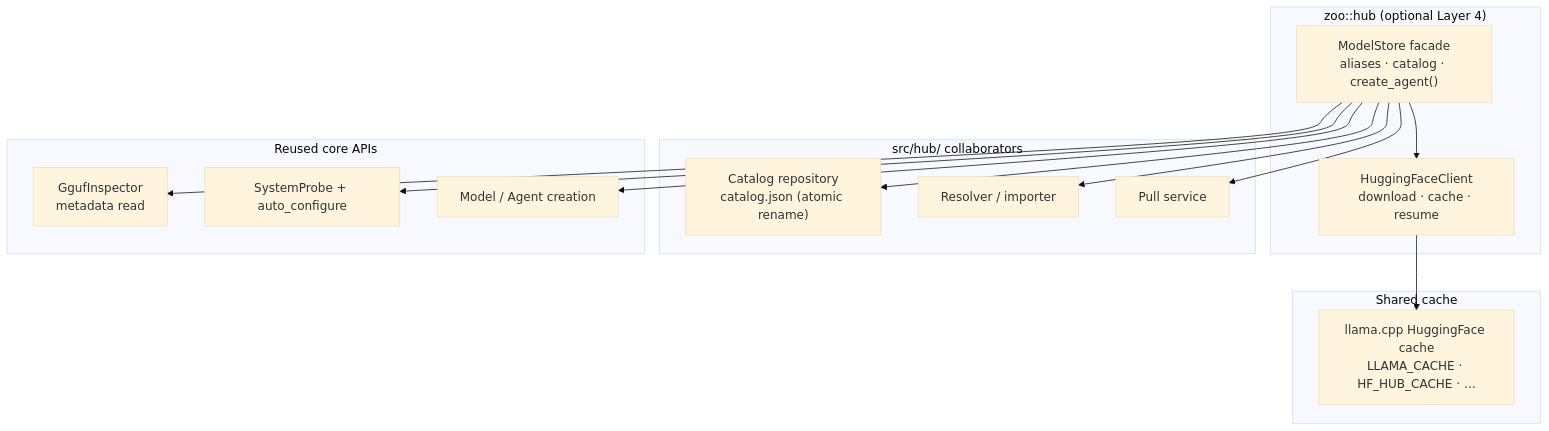
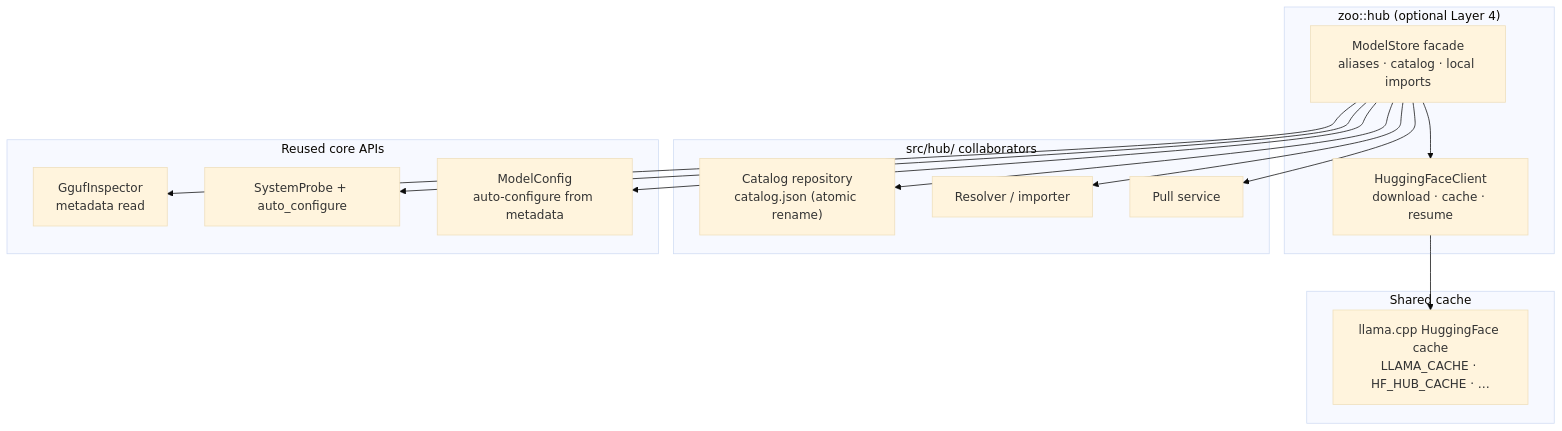
One commit to crybo-rybo/zoo-keeper changed the diagram in docs/hub.md. Above: the diagram before and after it, drawn with Mermaid (base theme). The commit also changed other lines of this file and 5 other files, not shown here.

Commit message:
docs: align architecture diagrams with implementation

````diff
--- a/docs/hub.md
+++ b/docs/hub.md
@@ -15,32 +15,32 @@
 ```mermaid
 flowchart TB
     subgraph Hub["zoo::hub (optional Layer 4)"]
-        MS["ModelStore facade<br/>aliases · catalog · create_agent()"]
+        MS["ModelStore facade<br/>aliases · catalog · local imports"]
         HF["HuggingFaceClient<br/>download · cache · resume"]
         MS --> HF
     end
 
     subgraph StoreInternals["src/hub/ collaborators"]
         CAT["Catalog repository<br/>catalog.json (atomic rename)"]
         RES["Resolver / importer"]
         PULL["Pull service"]
         MS --> CAT
         MS --> RES
         MS --> PULL
     end
 
     subgraph CoreReuse["Reused core APIs"]
         GI["GgufInspector<br/>metadata read"]
         SP["SystemProbe + auto_configure"]
-        MD["Model / Agent creation"]
+        CFG["ModelConfig<br/>auto-configure from metadata"]
         MS --> GI
         MS --> SP
-        MS --> MD
+        MS --> CFG
     end
 
     subgraph Cache["Shared cache"]
         LC["llama.cpp HuggingFace cache<br/>LLAMA_CACHE · HF_HUB_CACHE · …"]
         HF --> LC
     end
 
 ```
````
